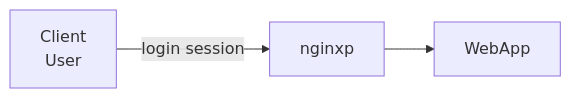
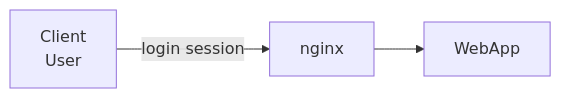
Before and after one commit to ljgww/Bascelik_proba_1: the diagram in does-github-supports-mermaid.md, drawn with Mermaid. The commit also changed other lines of this file, not shown here.

Commit message:
pushed , seems OK

````diff
--- a/does-github-supports-mermaid.md
+++ b/does-github-supports-mermaid.md
@@ -3,5 +3,5 @@
 ```mermaid
 flowchart LR
   User[Client\nUser]
-  User --> |login session| nginxp --> WebApp
+  User --> |login session| nginx --> WebApp
 ```
````
